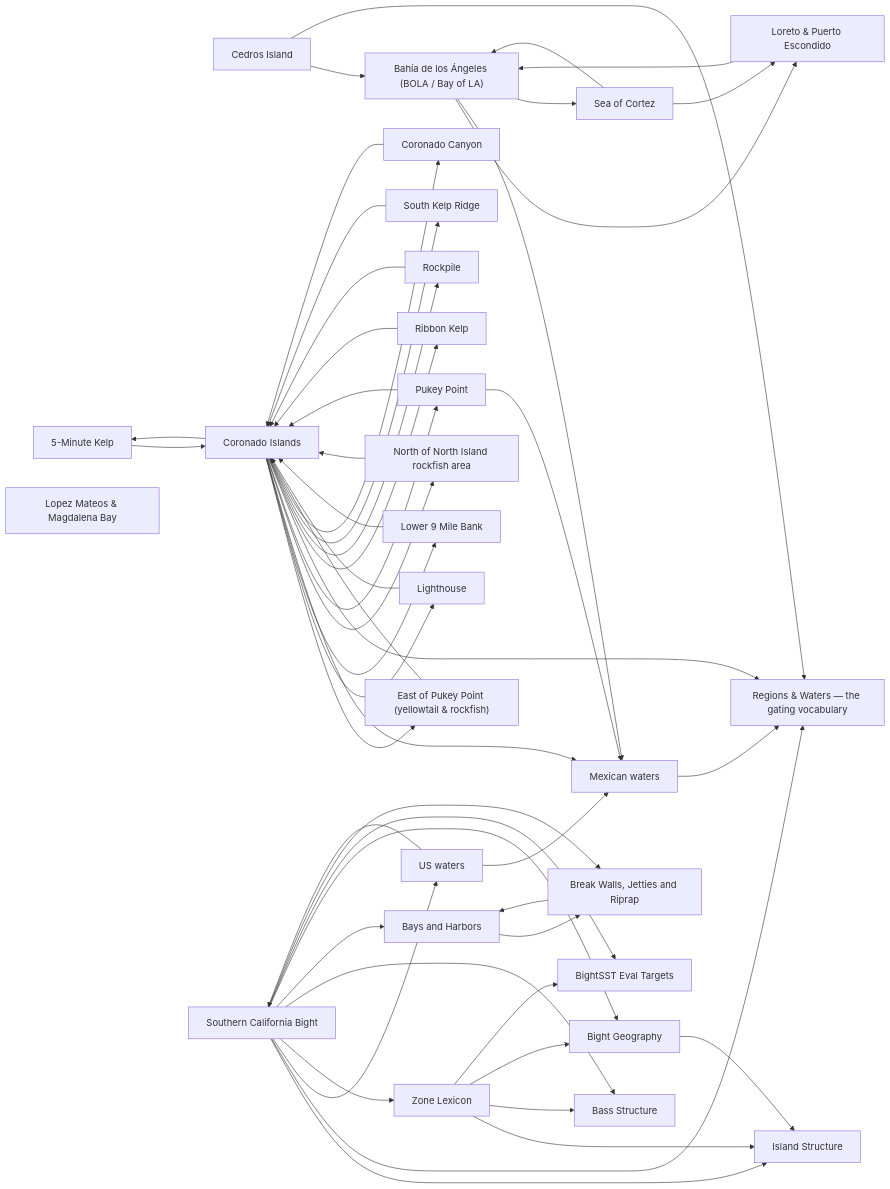
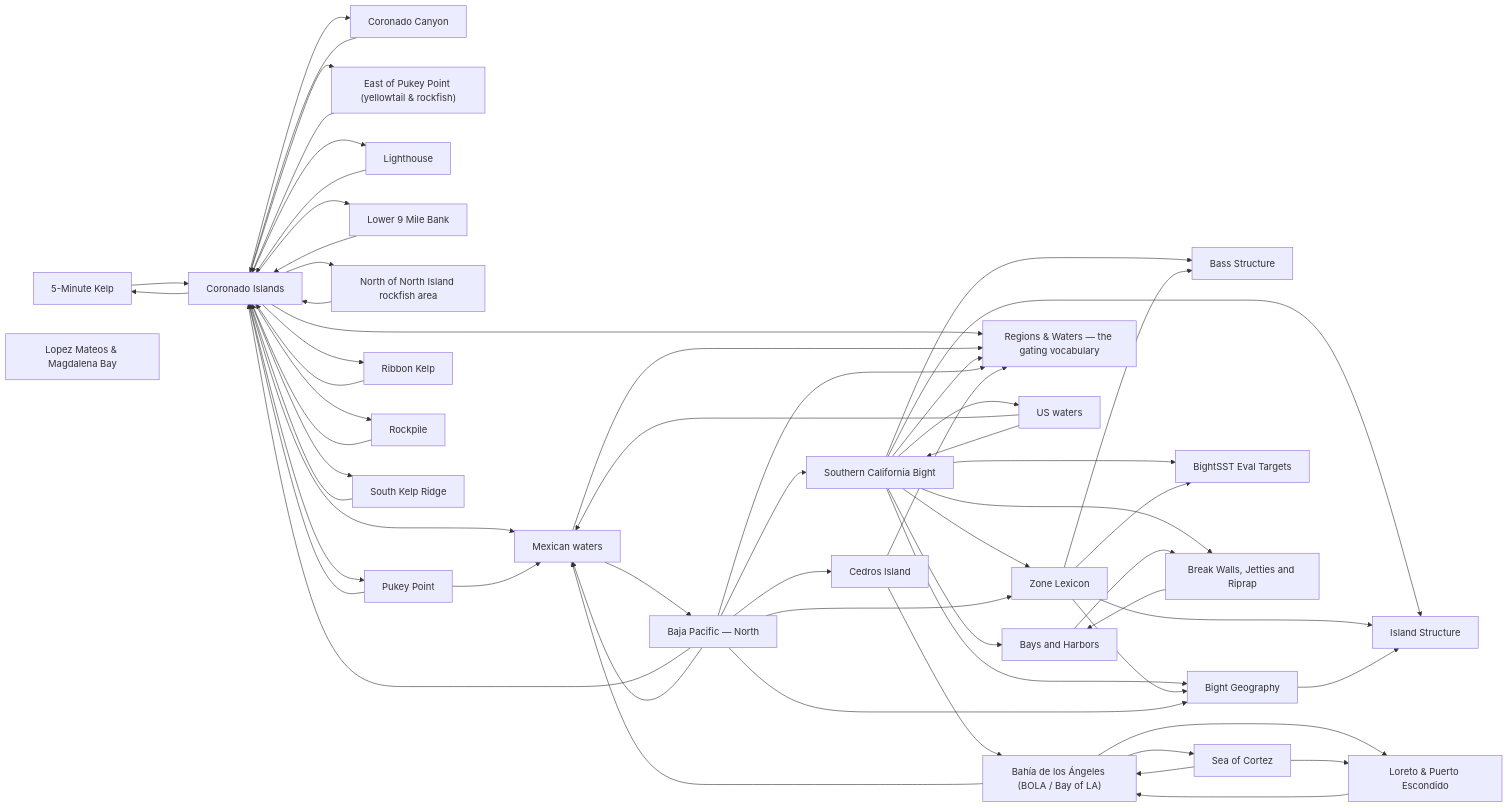
Before and after one commit to camchuckpete-max/Socal-Fishing-Knowledge: the diagram in locations/README.md, drawn with Mermaid. The commit also changed other lines of this file and 33 other files, not shown here.

Commit message:
review: locations/baja-pacific-north.md — geo

````diff
--- a/locations/README.md
+++ b/locations/README.md
@@ -45,78 +46,87 @@
   n0["5-Minute Kelp"]
   n1["Bahía de los Ángeles (BOLA / Bay of LA)"]
   n2["Lopez Mateos & Magdalena Bay"]
-  n3["Bass Structure"]
-  n4["Bays and Harbors"]
-  n5["Bight Geography"]
-  n6["BightSST Eval Targets"]
-  n7["Break Walls, Jetties and Riprap"]
-  n8["Cedros Island"]
-  n9["Coronado Canyon"]
-  n10["Coronado Islands"]
-  n11["East of Pukey Point (yellowtail & rockfish)"]
-  n12["Island Structure"]
-  n13["Lighthouse"]
-  n14["Loreto & Puerto Escondido"]
-  n15["Lower 9 Mile Bank"]
-  n16["Mexican waters"]
-  n17["North of North Island rockfish area"]
-  n18["Pukey Point"]
-  n19["Regions & Waters — the gating vocabulary"]
-  n20["Ribbon Kelp"]
-  n21["Rockpile"]
-  n22["Sea of Cortez"]
-  n23["Southern California Bight"]
-  n24["South Kelp Ridge"]
-  n25["US waters"]
-  n26["Zone Lexicon"]
-  n0 --> n10
-  n1 --> n14
-  n1 --> n16
-  n1 --> n22
-  n10 --> n0
+  n3["Baja Pacific — North"]
+  n4["Bass Structure"]
+  n5["Bays and Harbors"]
+  n6["Bight Geography"]
+  n7["BightSST Eval Targets"]
+  n8["Break Walls, Jetties and Riprap"]
+  n9["Cedros Island"]
+  n10["Coronado Canyon"]
+  n11["Coronado Islands"]
+  n12["East of Pukey Point (yellowtail & rockfish)"]
+  n13["Island Structure"]
+  n14["Lighthouse"]
+  n15["Loreto & Puerto Escondido"]
+  n16["Lower 9 Mile Bank"]
+  n17["Mexican waters"]
+  n18["North of North Island rockfish area"]
+  n19["Pukey Point"]
+  n20["Regions & Waters — the gating vocabulary"]
+  n21["Ribbon Kelp"]
+  n22["Rockpile"]
+  n23["Sea of Cortez"]
+  n24["Southern California Bight"]
+  n25["South Kelp Ridge"]
+  n26["US waters"]
+  n27["Zone Lexicon"]
+  n0 --> n11
+  n1 --> n15
+  n1 --> n17
+  n1 --> n23
   n10 --> n11
-  n10 --> n13
-  n10 --> n15
-  n10 --> n16
-  n10 --> n17
-  n10 --> n18
-  n10 --> n19
-  n10 --> n20
-  n10 --> n21
-  n10 --> n24
-  n10 --> n9
+  n11 --> n0
   n11 --> n10
-  n13 --> n10
-  n14 --> n1
-  n15 --> n10
-  n16 --> n19
-  n17 --> n10
-  n18 --> n10
-  n18 --> n16
-  n20 --> n10
-  n21 --> n10
-  n22 --> n1
-  n22 --> n14
-  n23 --> n12
-  n23 --> n19
-  n23 --> n25
-  n23 --> n26
-  n23 --> n3
-  n23 --> n4
-  n23 --> n5
-  n23 --> n6
-  n23 --> n7
-  n24 --> n10
-  n25 --> n16
-  n25 --> n23
-  n26 --> n12
-  n26 --> n3
-  n26 --> n5
-  n26 --> n6
-  n4 --> n7
-  n5 --> n12
-  n7 --> n4
-  n8 --> n1
-  n8 --> n19
-  n9 --> n10
+  n11 --> n12
+  n11 --> n14
+  n11 --> n16
+  n11 --> n17
+  n11 --> n18
+  n11 --> n19
+  n11 --> n20
+  n11 --> n21
+  n11 --> n22
+  n11 --> n25
+  n12 --> n11
+  n14 --> n11
+  n15 --> n1
+  n16 --> n11
+  n17 --> n20
+  n17 --> n3
+  n18 --> n11
+  n19 --> n11
+  n19 --> n17
+  n21 --> n11
+  n22 --> n11
+  n23 --> n1
+  n23 --> n15
+  n24 --> n13
+  n24 --> n20
+  n24 --> n26
+  n24 --> n27
+  n24 --> n4
+  n24 --> n5
+  n24 --> n6
+  n24 --> n7
+  n24 --> n8
+  n25 --> n11
+  n26 --> n17
+  n26 --> n24
+  n27 --> n13
+  n27 --> n4
+  n27 --> n6
+  n27 --> n7
+  n3 --> n11
+  n3 --> n17
+  n3 --> n20
+  n3 --> n24
+  n3 --> n27
+  n3 --> n6
+  n3 --> n9
+  n5 --> n8
+  n6 --> n13
+  n8 --> n5
+  n9 --> n1
+  n9 --> n20
 ```
````
